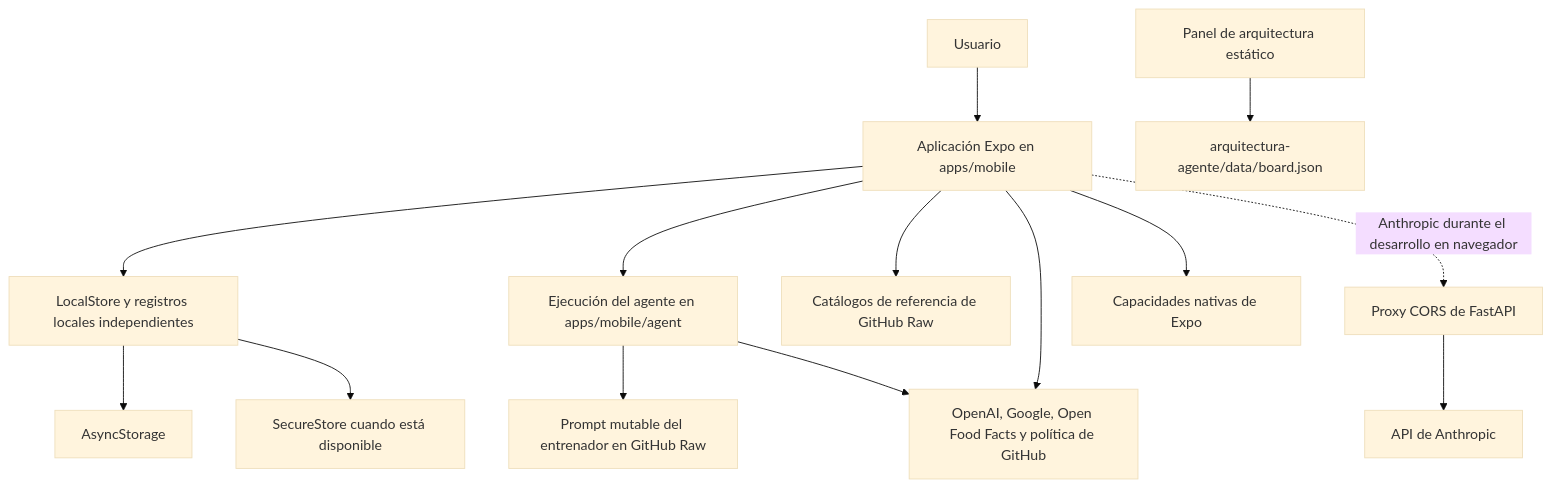
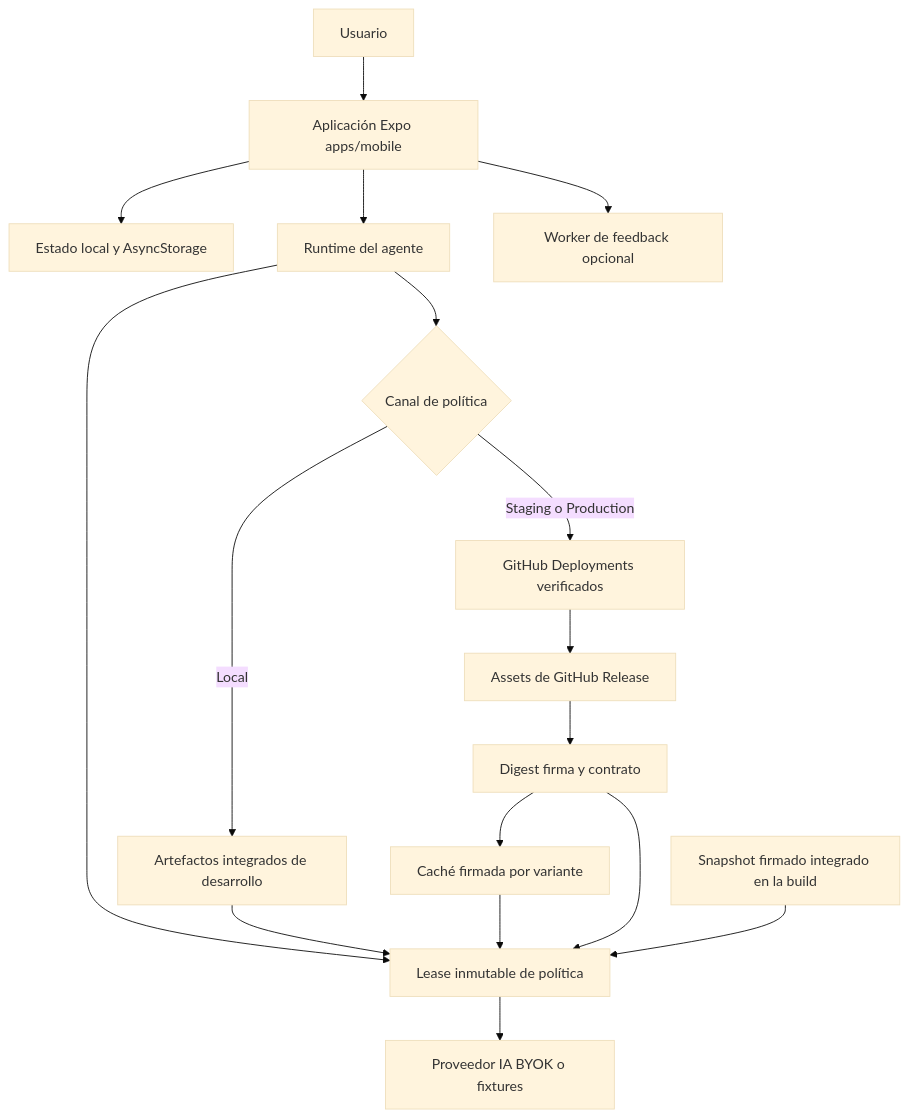
The diagram in openwiki/architecture/overview.md (maximofn/gymnasia), drawn with Mermaid (base theme) before and after one commit. The commit also changed other lines of this file and 24 other files, not shown here.

````diff
--- a/openwiki/architecture/overview.md
+++ b/openwiki/architecture/overview.md
@@ -16,16 +61,19 @@
 ```mermaid
 flowchart TD
-    User["Usuario"] --> Shell["Aplicación Expo en apps/mobile"]
-    Shell --> State["LocalStore y registros locales independientes"]
-    State --> AS["AsyncStorage"]
-    State --> SS["SecureStore cuando está disponible"]
-    Shell --> Agent["Ejecución del agente en apps/mobile/agent"]
-    Shell --> Catalogs["Catálogos de referencia de GitHub Raw"]
-    Agent --> Prompt["Prompt mutable del entrenador en GitHub Raw"]
-    Shell --> APIs["OpenAI, Google, Open Food Facts y política de GitHub"]
-    Agent --> APIs
-    Shell --> Native["Capacidades nativas de Expo"]
-    Shell -. "Anthropic durante el desarrollo en navegador" .-> Proxy["Proxy CORS de FastAPI"]
-    Proxy --> Anthropic["API de Anthropic"]
-    Board["Panel de arquitectura estático"] --> BoardData["arquitectura-agente/data/board.json"]
+    User["Usuario"] --> App["Aplicación Expo apps/mobile"]
+    App --> Local["Estado local y AsyncStorage"]
+    App --> Agent["Runtime del agente"]
+    Agent --> Lease["Lease inmutable de política"]
+    Lease --> Provider["Proveedor IA BYOK o fixtures"]
+    App --> Feedback["Worker de feedback opcional"]
+    Agent --> Channel{"Canal de política"}
+    Channel -->|Local| Builtin["Artefactos integrados de desarrollo"]
+    Channel -->|Staging o Production| Deploy["GitHub Deployments verificados"]
+    Deploy --> Release["Assets de GitHub Release"]
+    Release --> Verify["Digest firma y contrato"]
+    Verify --> Cache["Caché firmada por variante"]
+    Builtin --> Lease
+    Cache --> Lease
+    Verify --> Lease
+    Snapshot["Snapshot firmado integrado en la build"] --> Lease
 ```
````
